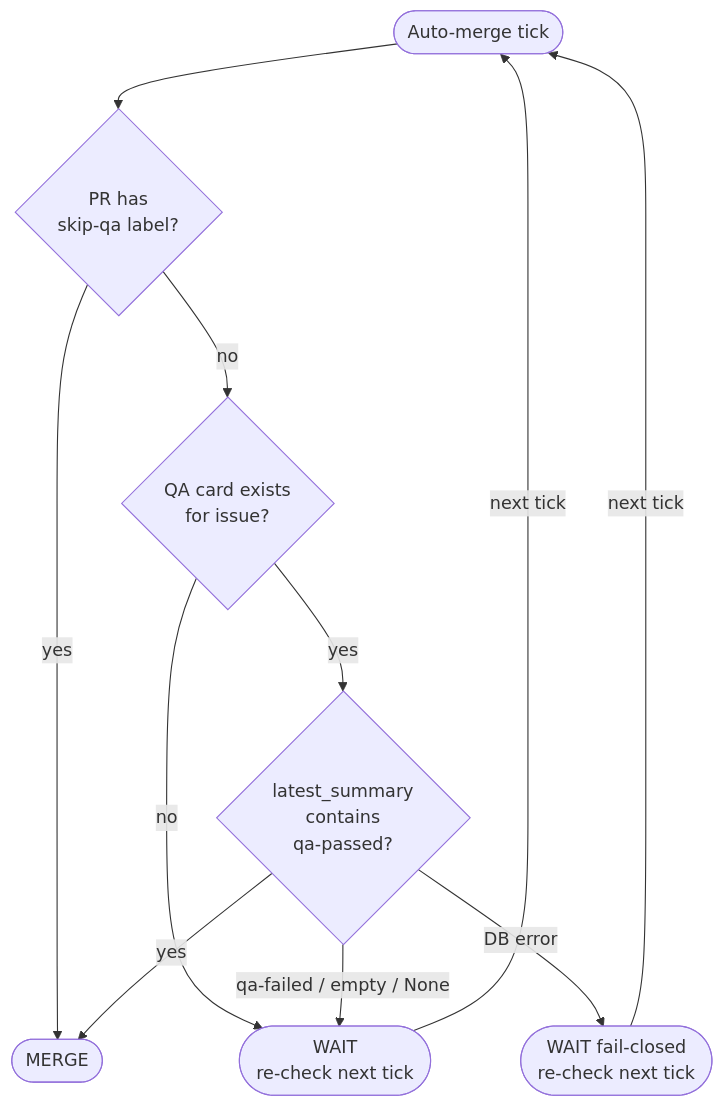
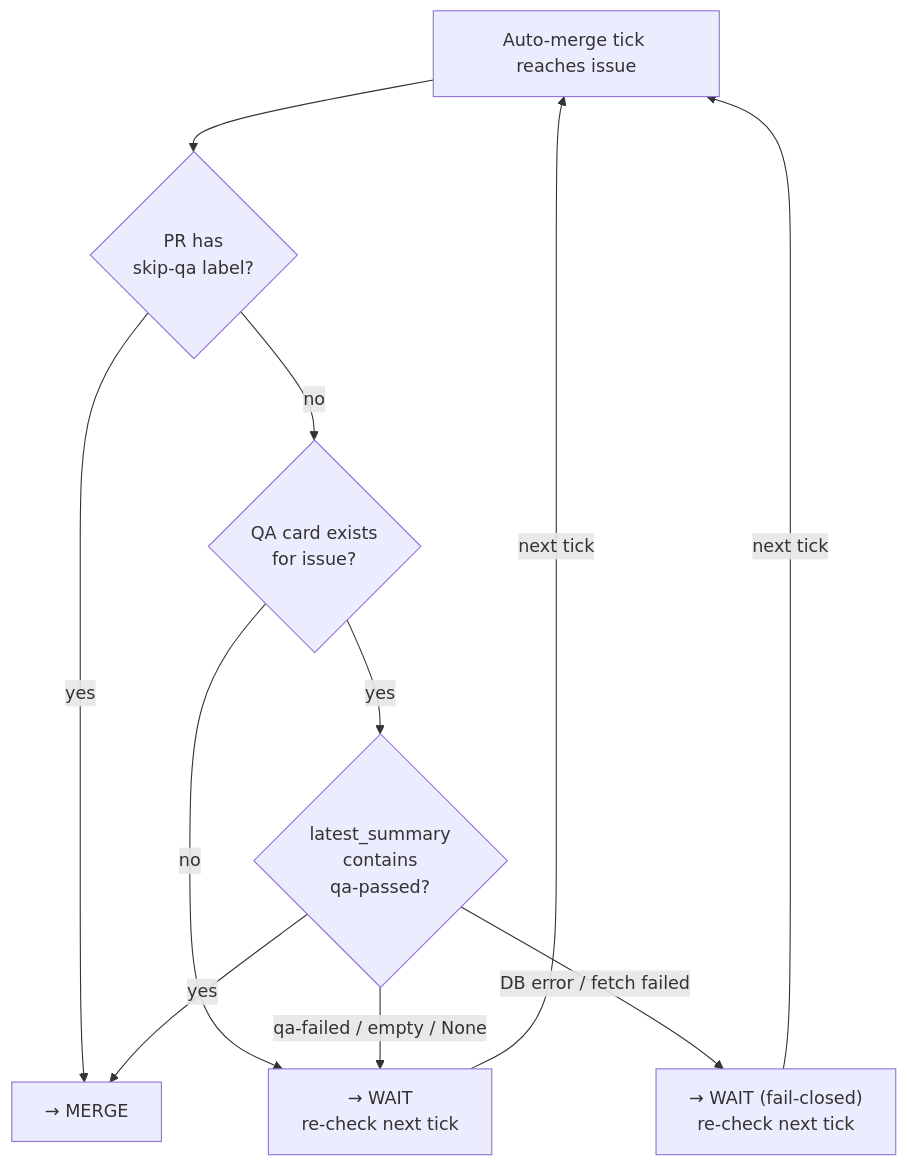
One commit to benmarte/daedalus changed the diagram in docs/qa-gate-design.md. Above: the diagram before and after it, drawn with Mermaid. The commit also changed other lines of this file, not shown here.

Commit message:
docs: add QA gate decision flow diagram with TOC

````diff
--- a/docs/qa-gate-design.md
+++ b/docs/qa-gate-design.md
@@ -64,14 +81,14 @@
 ```mermaid
 flowchart TD
-    Start([Auto-merge tick]) --> HasSkipQA{PR has\nskip-qa label?}
-    HasSkipQA -->|yes| Merge([MERGE])
+    Start["Auto-merge tick reaches issue"] --> HasSkipQA{PR has\nskip-qa label?}
+    HasSkipQA -->|yes| Merge["→ MERGE"]
     HasSkipQA -->|no| HasQACard{QA card exists\nfor issue?}
-    HasQACard -->|no| Wait([WAIT\nre-check next tick])
-    HasQACard -->|yes| CheckSummary{latest_summary\ncontains\nqa-passed?}
+    HasQACard -->|no| Wait["→ WAIT\nre-check next tick"]
+    HasQACard -->|yes| CheckSummary{"latest_summary\ncontains\nqa-passed?"}
     CheckSummary -->|yes| Merge
-    CheckSummary -->|qa-failed / empty / None| Wait
-    CheckSummary -->|DB error| WaitClosed([WAIT fail-closed\nre-check next tick])
+    CheckSummary -->|"qa-failed / empty / None"| Wait
+    CheckSummary -->|"DB error / fetch failed"| WaitFail["→ WAIT (fail-closed)\nre-check next tick"]
 
-    Wait -->|next tick| Start
-    WaitClosed -->|next tick| Start
+    Wait -->|"next tick"| Start
+    WaitFail -->|"next tick"| Start
 ```
````
